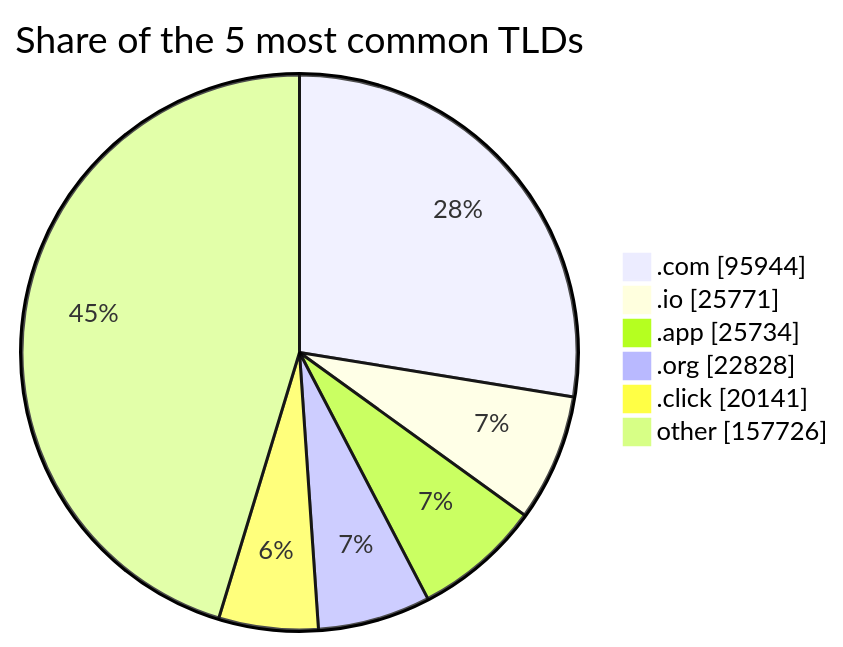
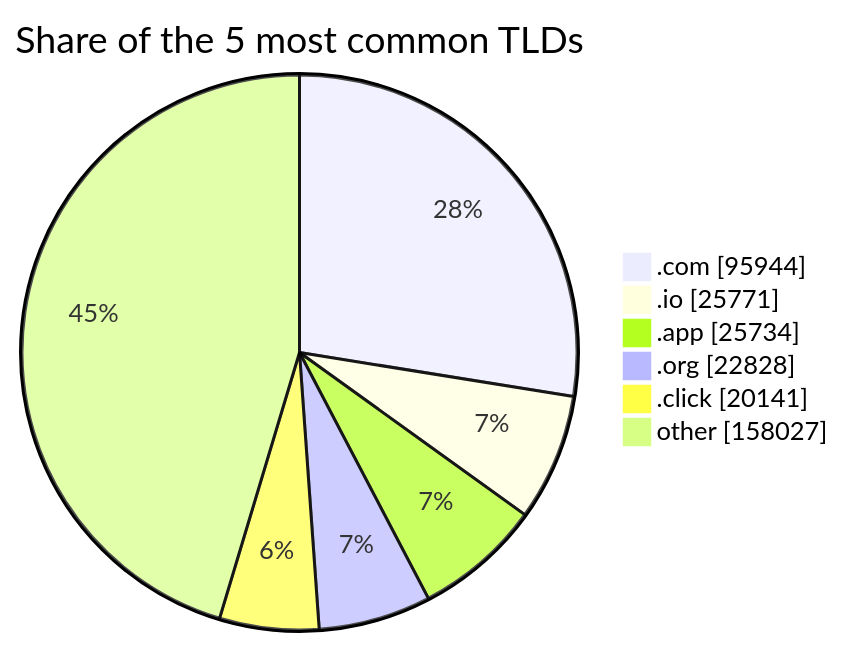
One commit to DNSBunker/CTI changed the third of 3 diagrams in README.md. Above: the diagram before and after it, drawn with Mermaid. The commit also changed other lines of this file and 3 other files, not shown here.

````diff
--- a/README.md
+++ b/README.md
@@ -81,9 +81,9 @@
 ```mermaid
 pie showData title Share of the 5 most common TLDs
     ".com" : 95944
     ".io" : 25771
     ".app" : 25734
     ".org" : 22828
     ".click" : 20141
-    "other" : 157726
+    "other" : 158027
 ```
````
